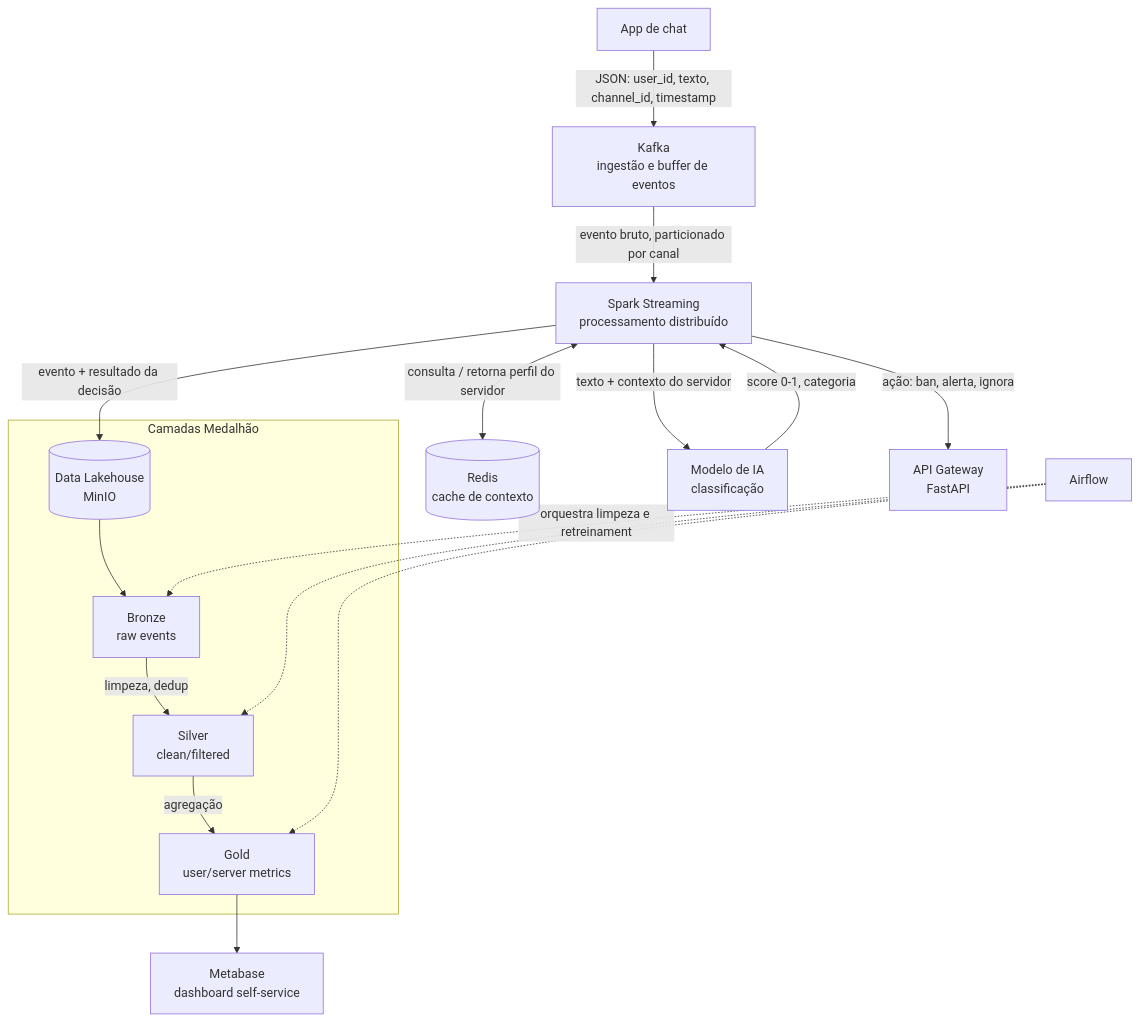
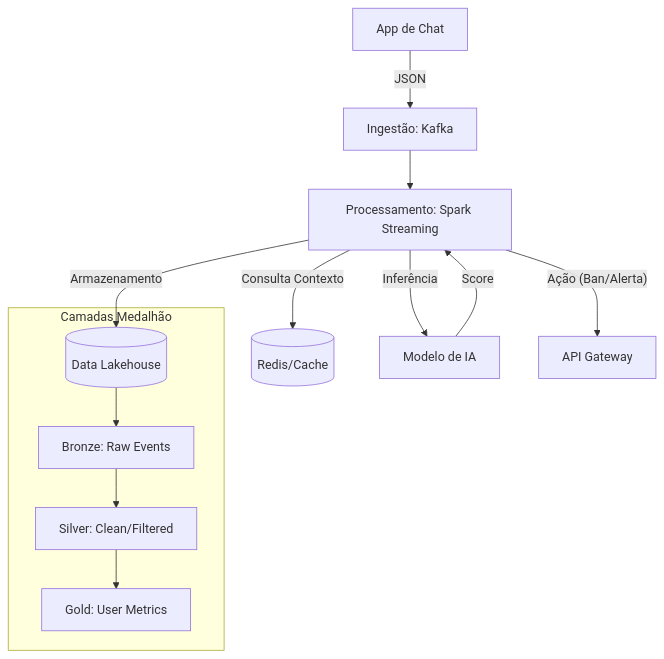
One commit to Aleff5/algum-nome changed the second of 2 diagrams in README.md. Above: the diagram before and after it, drawn with Mermaid. The commit also changed other lines of this file, not shown here.

First line of the commit message:
Revise project details and architecture in README

````diff
--- a/README.md
+++ b/README.md
@@ -69,21 +62,16 @@
 ```mermaid
-flowchart TD
-    A[App de chat] -->|JSON: user_id, texto, channel_id, timestamp| B[Kafka<br/>ingestão e buffer de eventos]
-    B -->|evento bruto, particionado por canal| C[Spark Streaming<br/>processamento distribuído]
-    C <-->|consulta / retorna perfil do servidor| D[(Redis<br/>cache de contexto)]
-    C -->|texto + contexto do servidor| E[Modelo de IA<br/>classificação]
-    E -->|score 0-1, categoria| C
-    C -->|ação: ban, alerta, ignora| F[API Gateway<br/>FastAPI]
-    C -->|evento + resultado da decisão| G[(Data Lakehouse<br/>MinIO)]
-
-    subgraph MEDALHAO["Camadas Medalhão"]
-        G --> H[Bronze<br/>raw events]
-        H -->|limpeza, dedup| I[Silver<br/>clean/filtered]
-        I -->|agregação| J[Gold<br/>user/server metrics]
-    end
-
-    J --> K[Metabase<br/>dashboard self-service]
-    L[Airflow] -.orquestra limpeza e retreinamento.-> H
-    L -.-> I
-    L -.-> J
+graph TD
+    A[App de Chat] -- JSON --> B[Ingestão: Kafka]
+    B --> C[Processamento: Spark Streaming]
+    C -- Consulta Contexto --> D[(Redis/Cache)]
+    C -- Inferência --> E[Modelo de IA]
+    E -- Score --> C
+    C -- "Ação (Ban/Alerta)" --> F[API Gateway]
+    C -- Armazenamento --> G[(Data Lakehouse)]
+    
+    subgraph "Camadas Medalhão"
+        G --> H[Bronze: Raw Events]
+        H --> I[Silver: Clean/Filtered]
+        I --> J[Gold: User Metrics]
+    end
 ```
````
